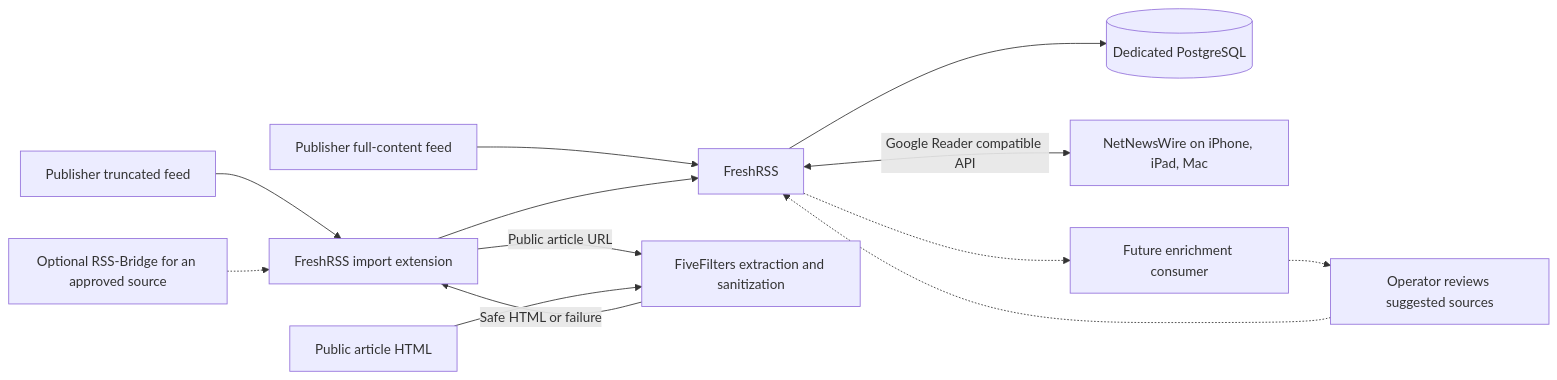
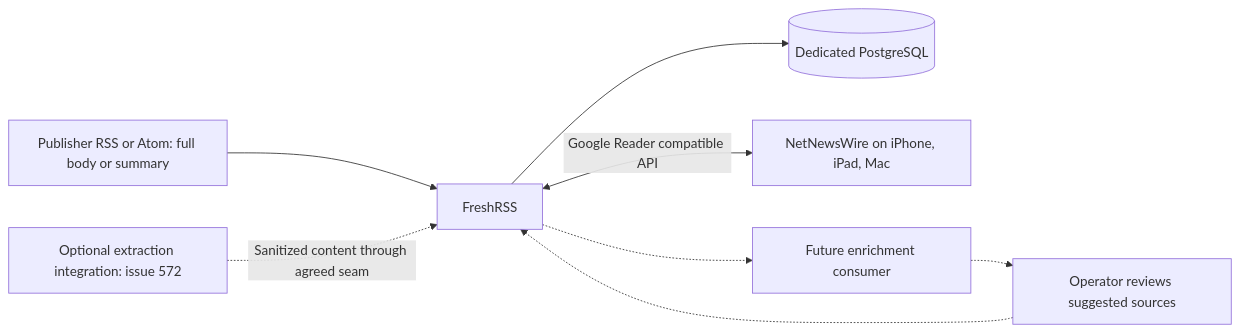
The diagram in docs/specs/033-self-hosted-news-reading.md (supermorphic/homelab-talos), drawn with Mermaid before and after one commit. The commit also changed other lines of this file and 2 other files, not shown here.

Commit message:
docs: separate article extraction from base news platform

````diff
--- a/docs/specs/033-self-hosted-news-reading.md
+++ b/docs/specs/033-self-hosted-news-reading.md
@@ -37,15 +40,10 @@
 ```mermaid
 flowchart LR
-    P[Publisher full-content feed] --> F[FreshRSS]
-    S[Publisher truncated feed] --> I[FreshRSS import extension]
-    I -->|Public article URL| X[FiveFilters extraction and sanitization]
-    A[Public article HTML] --> X
-    X -->|Safe HTML or failure| I
-    I --> F
-    B[Optional RSS-Bridge for an approved source] -.-> I
+    P[Publisher RSS or Atom: full body or summary] --> F[FreshRSS]
+    X[Optional extraction integration: issue 572] -.->|Sanitized content through agreed seam| F
     F --> D[(Dedicated PostgreSQL)]
     F <-->|Google Reader compatible API| N[NetNewsWire on iPhone, iPad, Mac]
     F -.-> E[Future enrichment consumer]
     E -.-> O[Operator reviews suggested sources]
     O -.-> F
 ```
````
